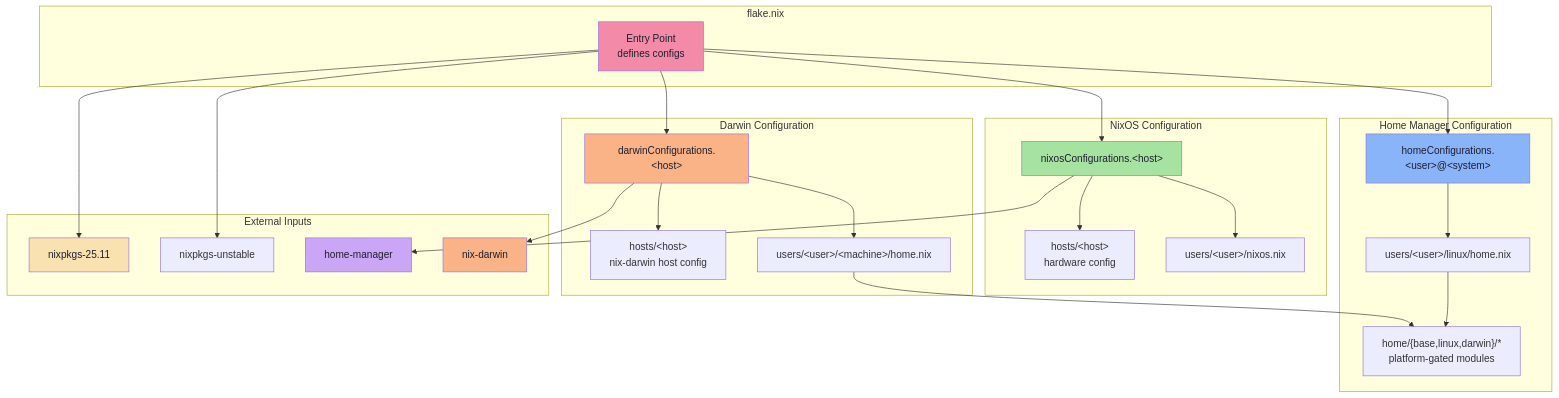
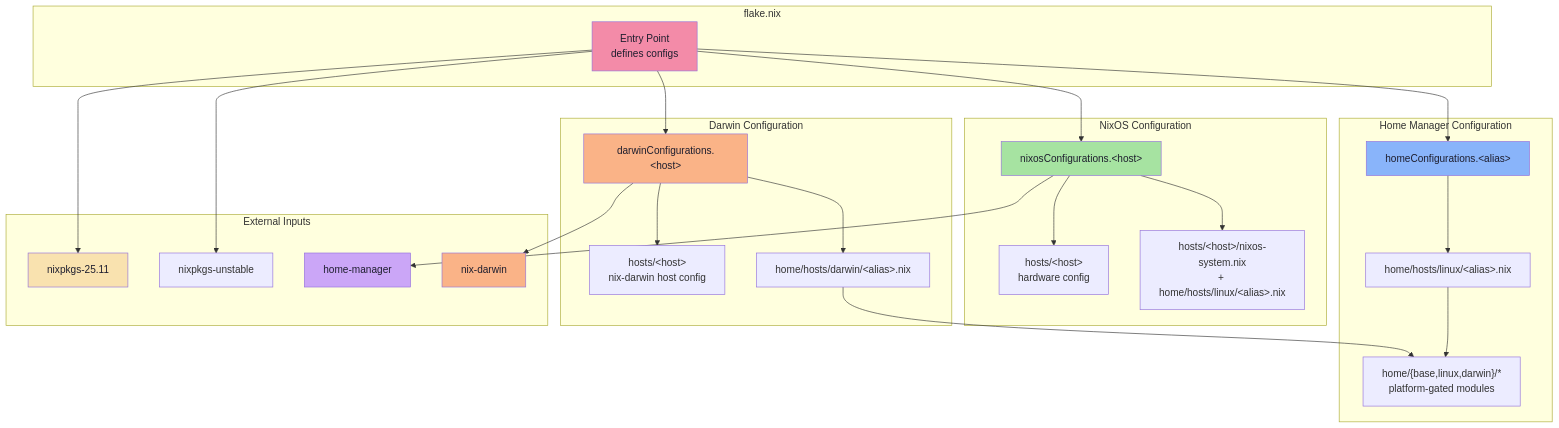
Before and after one commit to Castrozan/.dotfiles: the diagram in README.md, drawn with Mermaid. The commit also changed other lines of this file and 54 other files, not shown here.

````diff
--- a/README.md
+++ b/README.md
@@ -141,58 +141,58 @@
 ```mermaid
 graph TD
     subgraph "flake.nix"
         Flake["Entry Point<br/>defines configs"]
     end
 
     subgraph "NixOS Configuration"
         NixOS["nixosConfigurations.&lt;host&gt;"]
         Host["hosts/&lt;host&gt;<br/>hardware config"]
-        UserNixOS["users/&lt;user&gt;/nixos.nix"]
+        UserNixOS["hosts/&lt;host&gt;/nixos-system.nix<br/>+ home/hosts/linux/&lt;alias&gt;.nix"]
     end
 
     subgraph "Darwin Configuration"
         Darwin["darwinConfigurations.&lt;host&gt;"]
         DarwinHost["hosts/&lt;host&gt;<br/>nix-darwin host config"]
-        DarwinHome["users/&lt;user&gt;/&lt;machine&gt;/home.nix"]
+        DarwinHome["home/hosts/darwin/&lt;alias&gt;.nix"]
     end
 
     subgraph "Home Manager Configuration"
-        HomeStandalone["homeConfigurations.&lt;user&gt;@&lt;system&gt;"]
-        UserHome["users/&lt;user&gt;/linux/home.nix"]
+        HomeStandalone["homeConfigurations.&lt;alias&gt;"]
+        UserHome["home/hosts/linux/&lt;alias&gt;.nix"]
         Modules["home/{base,linux,darwin}/*<br/>platform-gated modules"]
     end
 
     subgraph "External Inputs"
         Nixpkgs["nixpkgs-25.11"]
         Unstable["nixpkgs-unstable"]
         HM["home-manager"]
         ND["nix-darwin"]
     end
 
     Flake --> NixOS
     Flake --> Darwin
     Flake --> HomeStandalone
 
     NixOS --> Host
     NixOS --> UserNixOS
     NixOS --> HM
 
     Darwin --> DarwinHost
     Darwin --> DarwinHome
     Darwin --> ND
 
     HomeStandalone --> UserHome
     UserHome --> Modules
     DarwinHome --> Modules
     
     Flake --> Nixpkgs
     Flake --> Unstable
 
     style Flake fill:#f38ba8,color:#1e1e2e
     style NixOS fill:#a6e3a1,color:#1e1e2e
     style Darwin fill:#fab387,color:#1e1e2e
     style HomeStandalone fill:#89b4fa,color:#1e1e2e
     style Nixpkgs fill:#f9e2af,color:#1e1e2e
     style HM fill:#cba6f7,color:#1e1e2e
     style ND fill:#fab387,color:#1e1e2e
 ```
````
